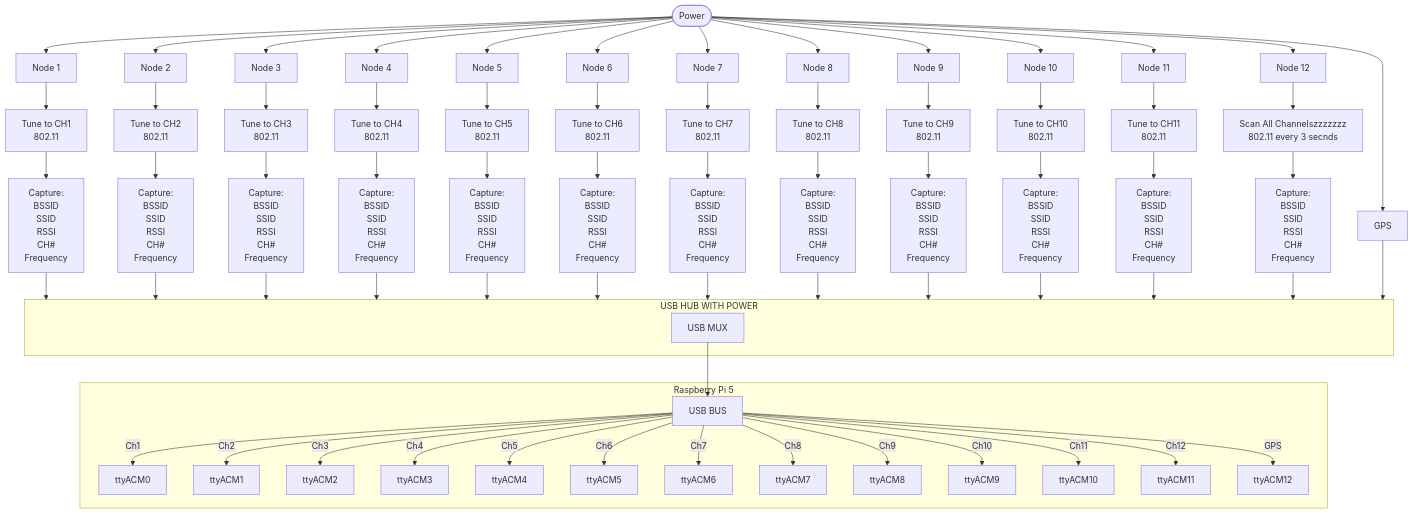
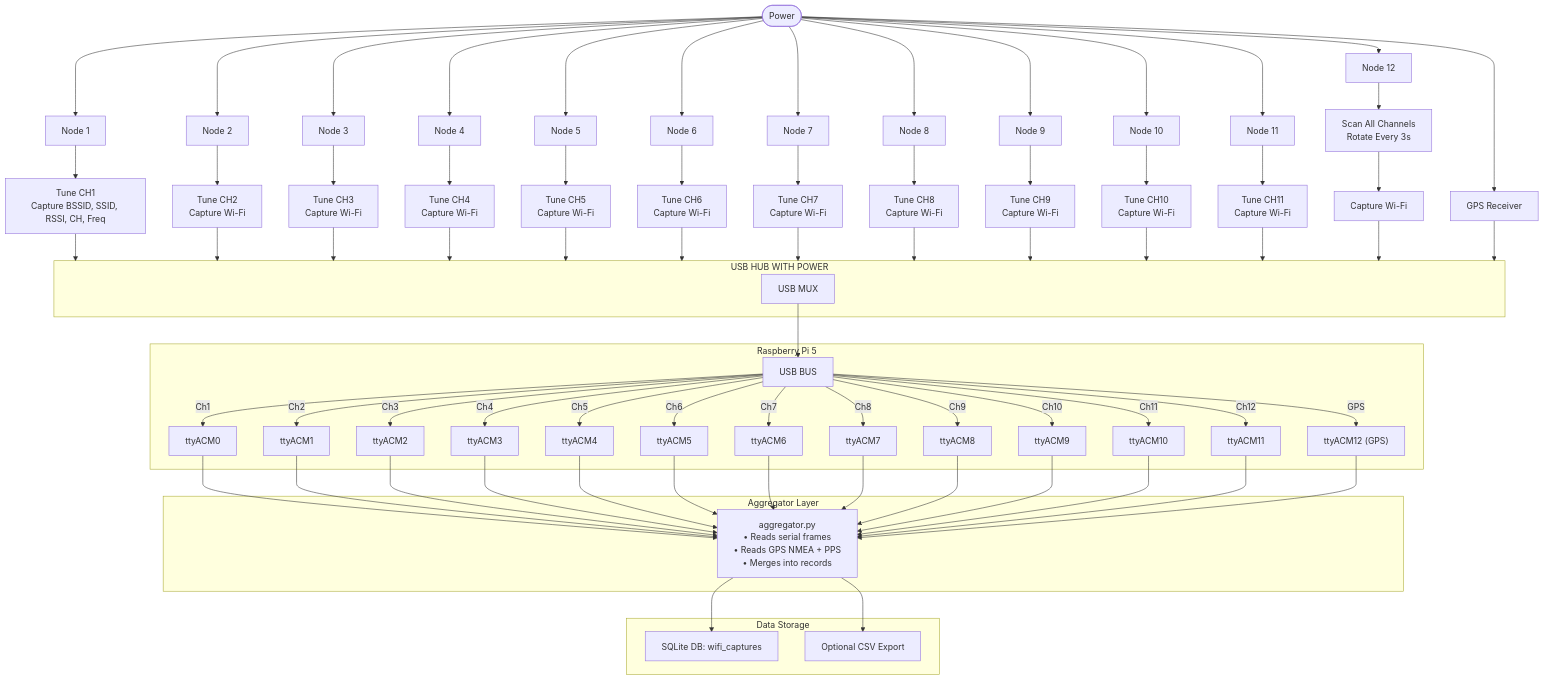
The second of 2 diagrams in Readme.md (sbejarano/WiFi_Promiscuous), drawn with Mermaid before and after one commit.

````diff
--- a/Readme.md
+++ b/Readme.md
@@ -114,9 +114,10 @@
 ```mermaid
   flowchart TD
- subgraph s1["USB HUB WITH POWER"]
+  subgraph s1["USB HUB WITH POWER"]
         n40["USB MUX"]
   end
- subgraph s2["Raspberry Pi 5"]
+
+  subgraph s2["Raspberry Pi 5"]
         n41["USB BUS"]
         n42["ttyACM0"]
         n43["ttyACM1"]
@@ -130,91 +131,73 @@
         n52["ttyACM9"]
         n53["ttyACM10"]
         n54["ttyACM11"]
-        n55["ttyACM12"]
+        n55["ttyACM12 (GPS)"]
   end
-    C["Node 1"] --> n1["Tune to CH1<br>802.11"]
-    n1 --> n5["Capture:<br>BSSID<br>SSID<br>RSSI<br>CH#<br>Frequency"]
-    A(["Power"]) --> C & n6["Node 2"] & n9["Node 3"] & n12["Node 4"] & n15["Node 5"] & n18["Node 6"] & n21["Node 7"] & n24["Node 8"] & n27["Node 9"] & n30["Node 10"] & n33["Node 11"] & n39["Node 12"] & n57["GPS"]
-    n6 --> n7["Tune to CH2<br>802.11"]
-    n7 --> n8["Capture:<br>BSSID<br>SSID<br>RSSI<br>CH#<br>Frequency"]
-    n9 --> n10["Tune to CH3<br>802.11"]
-    n10 --> n11["Capture:<br>BSSID<br>SSID<br>RSSI<br>CH#<br>Frequency"]
-    n12 --> n13["Tune to CH4<br>802.11"]
-    n13 --> n14["Capture:<br>BSSID<br>SSID<br>RSSI<br>CH#<br>Frequency"]
-    n15 --> n16["Tune to CH5<br>802.11"]
-    n16 --> n17["Capture:<br>BSSID<br>SSID<br>RSSI<br>CH#<br>Frequency"]
-    n18 --> n19["Tune to CH6<br>802.11"]
-    n19 --> n20["Capture:<br>BSSID<br>SSID<br>RSSI<br>CH#<br>Frequency"]
-    n21 --> n22["Tune to CH7<br>802.11"]
-    n22 --> n23["Capture:<br>BSSID<br>SSID<br>RSSI<br>CH#<br>Frequency"]
-    n24 --> n25["Tune to CH8<br>802.11"]
-    n25 --> n26["Capture:<br>BSSID<br>SSID<br>RSSI<br>CH#<br>Frequency"]
-    n27 --> n28["Tune to CH9<br>802.11"]
-    n28 --> n29["Capture:<br>BSSID<br>SSID<br>RSSI<br>CH#<br>Frequency"]
-    n30 --> n31["Tune to CH10<br>802.11"]
-    n31 --> n32["Capture:<br>BSSID<br>SSID<br>RSSI<br>CH#<br>Frequency"]
-    n33 --> n34["Tune to CH11<br>802.11"]
-    n34 --> n35["Capture:<br>BSSID<br>SSID<br>RSSI<br>CH#<br>Frequency"]
-    n37["Scan All Channelszzzzzzz<br>802.11 every 3 secnds"] --> n38["Capture:<br>BSSID<br>SSID<br>RSSI<br>CH#<br>Frequency"]
-    n39 --> n37
-    n5 --> s1
-    n8 --> s1
-    n11 --> s1
-    n14 --> s1
-    n17 --> s1
-    n20 --> s1
-    n23 --> s1
-    n26 --> s1
-    n29 --> s1
-    n32 --> s1
-    n35 --> s1
-    n38 --> s1
-    n40 --> n41
-    n41 -- Ch1 --> n42
-    n41 -- Ch2 --> n43
-    n41 -- Ch3 --> n44
-    n41 -- Ch4 --> n45
-    n41 -- Ch5 --> n46
-    n41 -- Ch6 --> n47
-    n41 -- Ch7 --> n48
-    n41 -- Ch8 --> n49
-    n41 -- Ch9 --> n50
-    n41 -- Ch10 --> n52
-    n41 -- Ch11 --> n53
-    n41 -- Ch12 --> n54
-    n57 --> s1
-    n41 -- GPS --> n55
-    n6@{ shape: rect}
-    n9@{ shape: rect}
-    n12@{ shape: rect}
-    n15@{ shape: rect}
-    n18@{ shape: rect}
-    n21@{ shape: rect}
-    n24@{ shape: rect}
-    n27@{ shape: rect}
-    n30@{ shape: rect}
-    n33@{ shape: rect}
-    n57@{ shape: rect}
-    n7@{ shape: rect}
-    n8@{ shape: rect}
-    n10@{ shape: rect}
-    n11@{ shape: rect}
-    n13@{ shape: rect}
-    n14@{ shape: rect}
-    n16@{ shape: rect}
-    n17@{ shape: rect}
-    n19@{ shape: rect}
-    n20@{ shape: rect}
-    n22@{ shape: rect}
-    n23@{ shape: rect}
-    n25@{ shape: rect}
-    n26@{ shape: rect}
-    n28@{ shape: rect}
-    n29@{ shape: rect}
-    n31@{ shape: rect}
-    n32@{ shape: rect}
-    n34@{ shape: rect}
-    n35@{ shape: rect}
-    n37@{ shape: rect}
-    n38@{ shape: rect}
+
+  %% ESP32 Nodes
+  C["Node 1"] --> n1["Tune CH1<br>Capture BSSID, SSID, RSSI, CH, Freq"]
+  n6["Node 2"] --> n7["Tune CH2<br>Capture Wi-Fi"]
+  n9["Node 3"] --> n10["Tune CH3<br>Capture Wi-Fi"]
+  n12["Node 4"] --> n13["Tune CH4<br>Capture Wi-Fi"]
+  n15["Node 5"] --> n16["Tune CH5<br>Capture Wi-Fi"]
+  n18["Node 6"] --> n19["Tune CH6<br>Capture Wi-Fi"]
+  n21["Node 7"] --> n22["Tune CH7<br>Capture Wi-Fi"]
+  n24["Node 8"] --> n25["Tune CH8<br>Capture Wi-Fi"]
+  n27["Node 9"] --> n28["Tune CH9<br>Capture Wi-Fi"]
+  n30["Node 10"] --> n31["Tune CH10<br>Capture Wi-Fi"]
+  n33["Node 11"] --> n34["Tune CH11<br>Capture Wi-Fi"]
+  n39["Node 12"] --> n37["Scan All Channels<br>Rotate Every 3s"]
+  n37 --> n38["Capture Wi-Fi"]
+
+  %% GPS Node
+  n57["GPS Receiver"] 
+
+  %% Power Distribution
+  A(["Power"]) --> C & n6 & n9 & n12 & n15 & n18 & n21 & n24 & n27 & n30 & n33 & n39 & n57
+
+  %% Data Paths
+  n1 --> s1
+  n7 --> s1
+  n10 --> s1
+  n13 --> s1
+  n16 --> s1
+  n19 --> s1
+  n22 --> s1
+  n25 --> s1
+  n28 --> s1
+  n31 --> s1
+  n34 --> s1
+  n38 --> s1
+  n57 --> s1
+
+  n40 --> n41
+  n41 -- Ch1 --> n42
+  n41 -- Ch2 --> n43
+  n41 -- Ch3 --> n44
+  n41 -- Ch4 --> n45
+  n41 -- Ch5 --> n46
+  n41 -- Ch6 --> n47
+  n41 -- Ch7 --> n48
+  n41 -- Ch8 --> n49
+  n41 -- Ch9 --> n50
+  n41 -- Ch10 --> n52
+  n41 -- Ch11 --> n53
+  n41 -- Ch12 --> n54
+  n41 -- GPS --> n55
+
+  %% Processing
+  subgraph Processing["Aggregator Layer"]
+    agg["aggregator.py<br>• Reads serial frames<br>• Reads GPS NMEA + PPS<br>• Merges into records"]
+  end
+
+  %% Storage
+  subgraph Storage["Data Storage"]
+    db["SQLite DB: wifi_captures"]
+    csv["Optional CSV Export"]
+  end
+
+  %% Flow into processing and storage
+  n42 & n43 & n44 & n45 & n46 & n47 & n48 & n49 & n50 & n52 & n53 & n54 & n55 --> agg
+  agg --> db
+  agg --> csv
   ```
````
